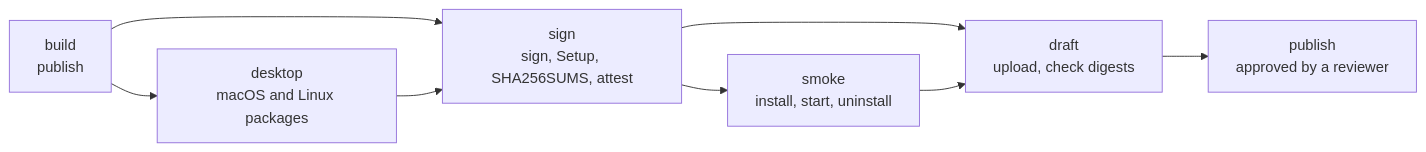
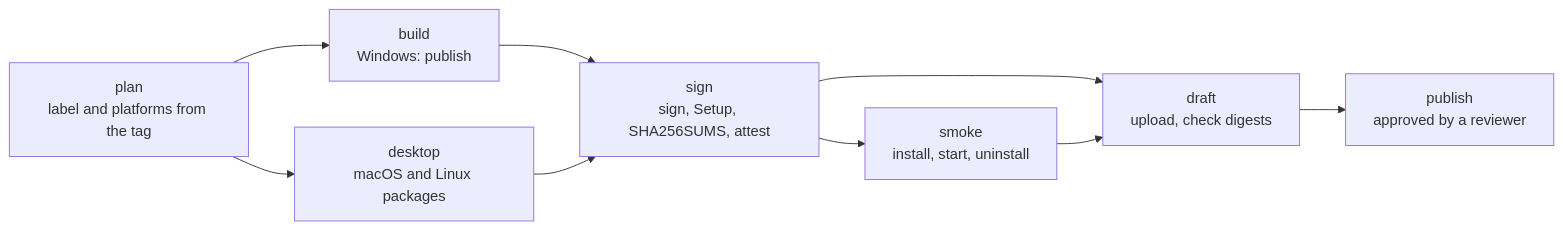
Before and after one commit to Albadit/DnnManager.NET: the diagram in .docs/releasing.md, drawn with Mermaid. The commit also changed other lines of this file and 28 other files, not shown here.

First line of the commit message:
update: release label and platforms, one publish task per OS, 32-bit portable, portable exe without _Portable

````diff
--- a/.docs/releasing.md
+++ b/.docs/releasing.md
@@ -188,10 +210,11 @@
 ```mermaid
 flowchart LR
-    build["build<br/>publish"] --> sign["sign<br/>sign, Setup, SHA256SUMS, attest"]
-    build --> desktop["desktop<br/>macOS and Linux packages"]
+    plan["plan<br/>label and platforms from the tag"] --> build["build<br/>Windows: publish"]
+    plan --> desktop["desktop<br/>macOS and Linux packages"]
+    build --> sign["sign<br/>sign, Setup, SHA256SUMS, attest"]
     desktop --> sign
     sign --> smoke["smoke<br/>install, start, uninstall"]
     sign --> draft["draft<br/>upload, check digests"]
     smoke --> draft
     draft --> publish["publish<br/>approved by a reviewer"]
 ```
````
